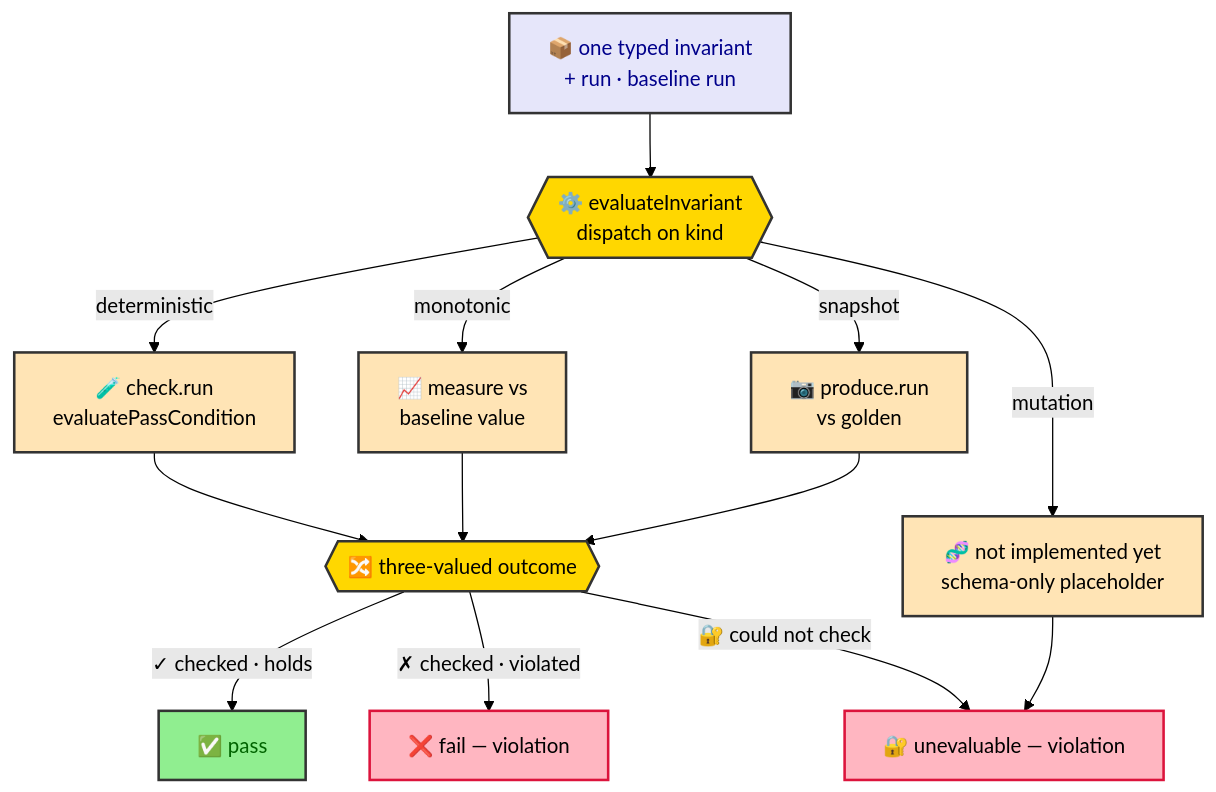
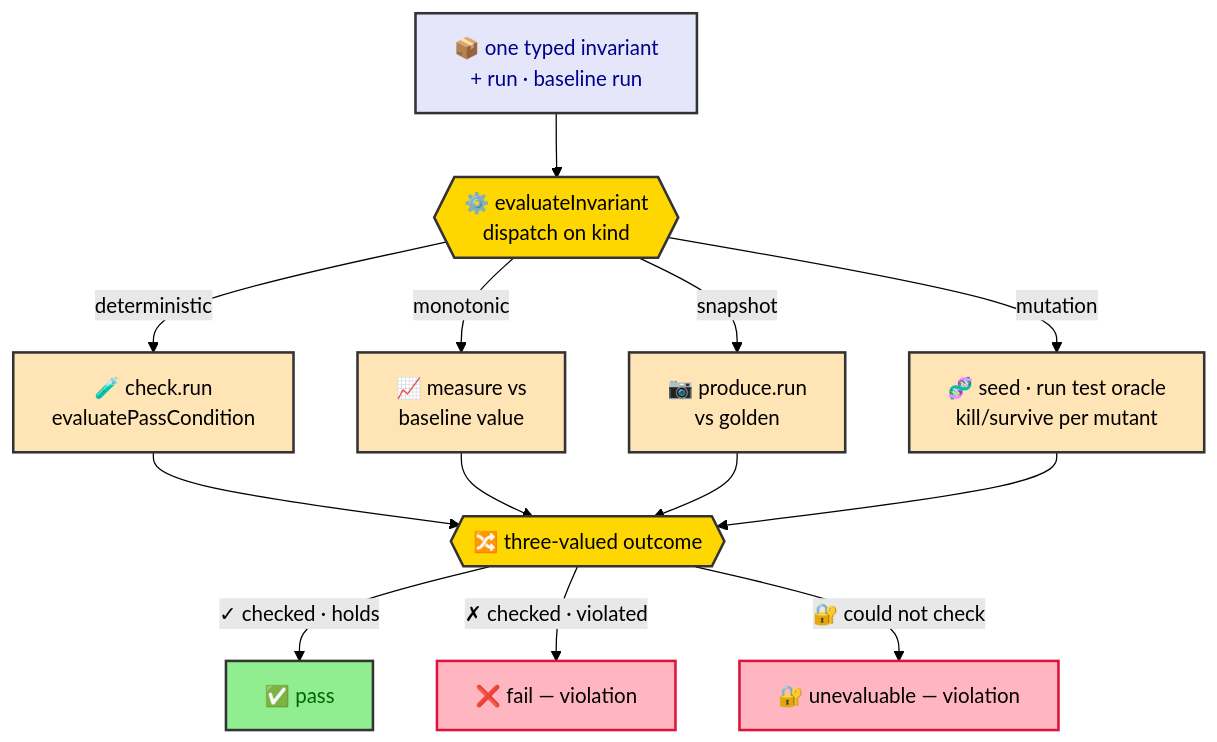
Before and after one commit to joctaTorres/ratchet: the second of 3 diagrams in docs/eval-invariants.md, drawn with Mermaid (forest theme). The commit also changed other lines of this file and 9 other files, not shown here.

First line of the commit message:
feat(eval): wire mutation harness into the invariant evaluator

````diff
--- a/docs/eval-invariants.md
+++ b/docs/eval-invariants.md
@@ -88,34 +85,34 @@
 ```mermaid
 flowchart TD
     INV[📦 one typed invariant<br/>+ run · baseline run]
     EVAL{{⚙️ evaluateInvariant<br/>dispatch on kind}}
 
     INV --> EVAL
 
     EVAL -->|deterministic| DET[🧪 check.run<br/>evaluatePassCondition]
     EVAL -->|monotonic| MON[📈 measure vs<br/>baseline value]
     EVAL -->|snapshot| SNAP[📷 produce.run<br/>vs golden]
-    EVAL -->|mutation| MUT[🧬 not implemented yet<br/>schema-only placeholder]
+    EVAL -->|mutation| MUT[🧬 seed · run test oracle<br/>kill/survive per mutant]
 
     DET --> OUTCOME
     MON --> OUTCOME
     SNAP --> OUTCOME
-    MUT --> UNEV
+    MUT --> OUTCOME
 
     OUTCOME{{🔀 three-valued outcome}}
     OUTCOME -->|✓ checked · holds| PASS[✅ pass]
     OUTCOME -->|✗ checked · violated| FAILV[❌ fail — violation]
     OUTCOME -->|🔐 could not check| UNEV[🔐 unevaluable — violation]
 
     classDef source   fill:#E6E6FA,stroke:#333,stroke-width:2px,color:darkblue
     classDef core     fill:#FFD700,stroke:#333,stroke-width:2px,color:black
     classDef kind     fill:#FFE4B5,stroke:#333,stroke-width:2px,color:black
     classDef ok       fill:#90EE90,stroke:#333,stroke-width:2px,color:darkgreen
     classDef err      fill:#FFB6C1,stroke:#DC143C,stroke-width:2px,color:black
 
     class INV source
     class EVAL,OUTCOME core
     class DET,MON,SNAP,MUT kind
     class PASS ok
     class FAILV,UNEV err
 ```
````
